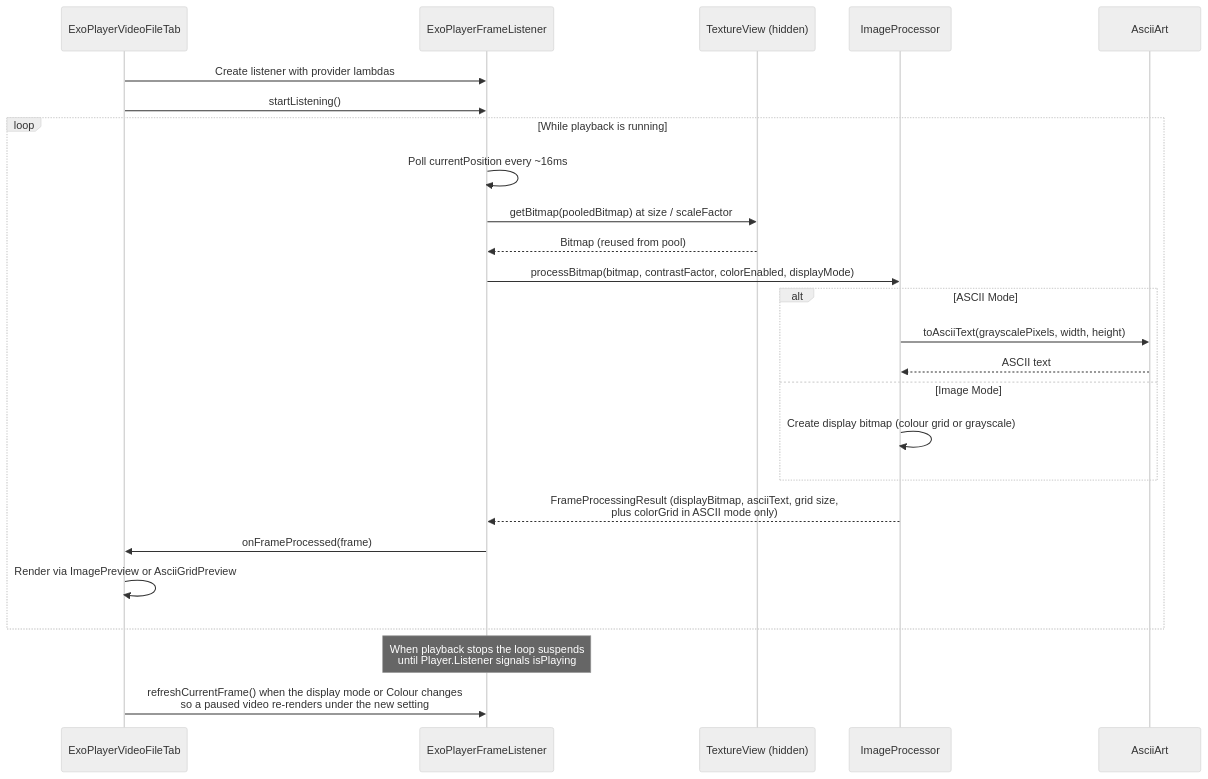
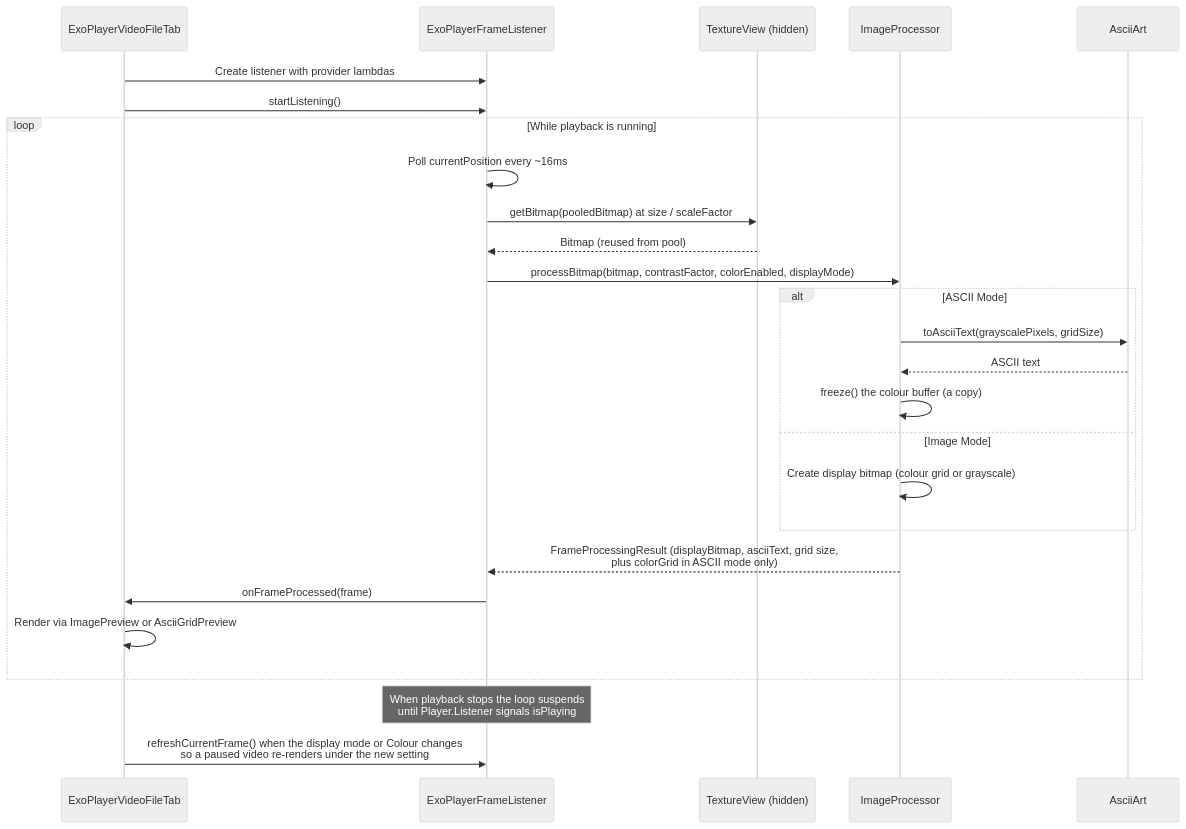
Before and after one commit to replicant1/AsciiArt: the diagram in docs/sequence-video-file.mmd, drawn with Mermaid (neutral theme). The commit also changed 8 other files, not shown here.

First line of the commit message:
Document PixelGrid, PixelBuffer and GridSize

```diff
--- a/docs/sequence-video-file.mmd
+++ b/docs/sequence-video-file.mmd
@@ -1,26 +1,27 @@
 sequenceDiagram
     participant UI as ExoPlayerVideoFileTab
     participant EFL as ExoPlayerFrameListener
     participant TV as TextureView (hidden)
     participant IP as ImageProcessor
     participant AA as AsciiArt
 
     UI->>EFL: Create listener with provider lambdas
     UI->>EFL: startListening()
     loop While playback is running
         EFL->>EFL: Poll currentPosition every ~16ms
         EFL->>TV: getBitmap(pooledBitmap) at size / scaleFactor
         TV-->>EFL: Bitmap (reused from pool)
         EFL->>IP: processBitmap(bitmap, contrastFactor, colorEnabled, displayMode)
         alt ASCII Mode
-            IP->>AA: toAsciiText(grayscalePixels, width, height)
+            IP->>AA: toAsciiText(grayscalePixels, gridSize)
             AA-->>IP: ASCII text
+            IP->>IP: freeze() the colour buffer (a copy)
         else Image Mode
             IP->>IP: Create display bitmap (colour grid or grayscale)
         end
         IP-->>EFL: FrameProcessingResult (displayBitmap, asciiText, grid size,<br/>plus colorGrid in ASCII mode only)
         EFL->>UI: onFrameProcessed(frame)
         UI->>UI: Render via ImagePreview or AsciiGridPreview
     end
     Note over EFL: When playback stops the loop suspends<br/>until Player.Listener signals isPlaying
     UI->>EFL: refreshCurrentFrame() when the display mode or Colour changes<br/>so a paused video re-renders under the new setting
```
